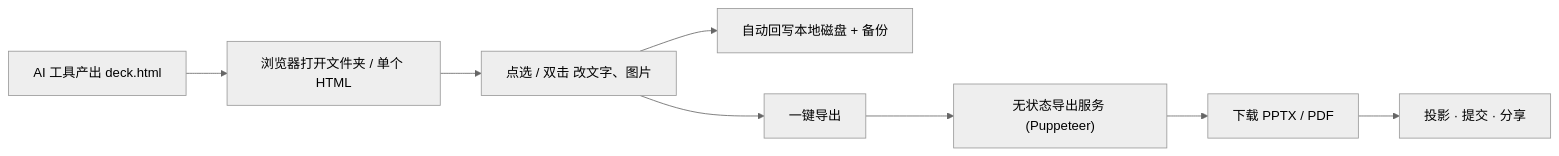
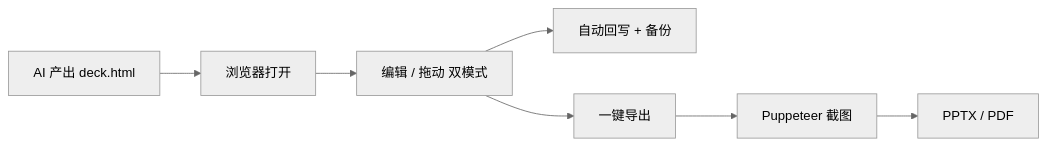
One commit to Trade-Offf/NextPPT changed the diagram in README.zh-CN.md. Above: the diagram before and after it, drawn with Mermaid (neutral theme). The commit also changed other lines of this file and 13 other files, not shown here.

````diff
--- a/README.zh-CN.md
+++ b/README.zh-CN.md
@@ -64,10 +62,9 @@
 ```mermaid
 flowchart LR
-  ai["AI 工具产出 deck.html"] --> open["浏览器打开文件夹 / 单个 HTML"]
-  open --> edit["点选 / 双击 改文字、图片"]
-  edit --> save["自动回写本地磁盘 + 备份"]
+  ai["AI 产出 deck.html"] --> open["浏览器打开"]
+  open --> edit["编辑 / 拖动 双模式"]
+  edit --> save["自动回写 + 备份"]
   edit --> export["一键导出"]
-  export --> svc["无状态导出服务 (Puppeteer)"]
-  svc --> file["下载 PPTX / PDF"]
-  file --> done["投影 · 提交 · 分享"]
+  export --> svc["Puppeteer 截图"]
+  svc --> file["PPTX / PDF"]
 ```
````
